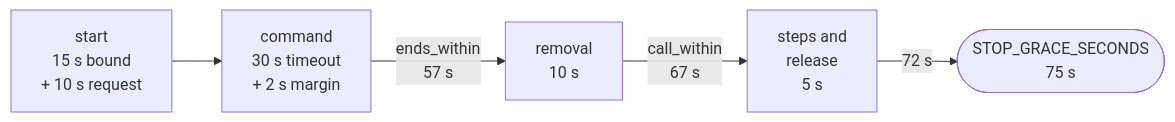
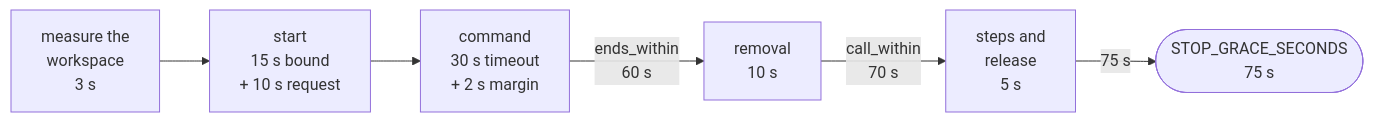
The third of 3 diagrams in docs/sandbox.md (sindredg/agent-runtime), drawn with Mermaid before and after one commit. The commit also changed other lines of this file and 14 other files, not shown here.

Commit message:
feat: stop a sandboxed command whose job workspace passes its limit (#97)

````diff
--- a/docs/sandbox.md
+++ b/docs/sandbox.md
@@ -39,7 +83,8 @@
 ```mermaid
 flowchart LR
-    A[start<br/>15 s bound<br/>+ 10 s request] --> B[command<br/>30 s timeout<br/>+ 2 s margin]
-    B -->|ends_within<br/>57 s| C[removal<br/>10 s]
-    C -->|call_within<br/>67 s| D[steps and<br/>release<br/>5 s]
-    D -->|72 s| E([STOP_GRACE_SECONDS<br/>75 s])
+    M[measure the<br/>workspace<br/>3 s] --> A[start<br/>15 s bound<br/>+ 10 s request]
+    A --> B[command<br/>30 s timeout<br/>+ 2 s margin]
+    B -->|ends_within<br/>60 s| C[removal<br/>10 s]
+    C -->|call_within<br/>70 s| D[steps and<br/>release<br/>5 s]
+    D -->|75 s| E([STOP_GRACE_SECONDS<br/>75 s])
 ```
````
